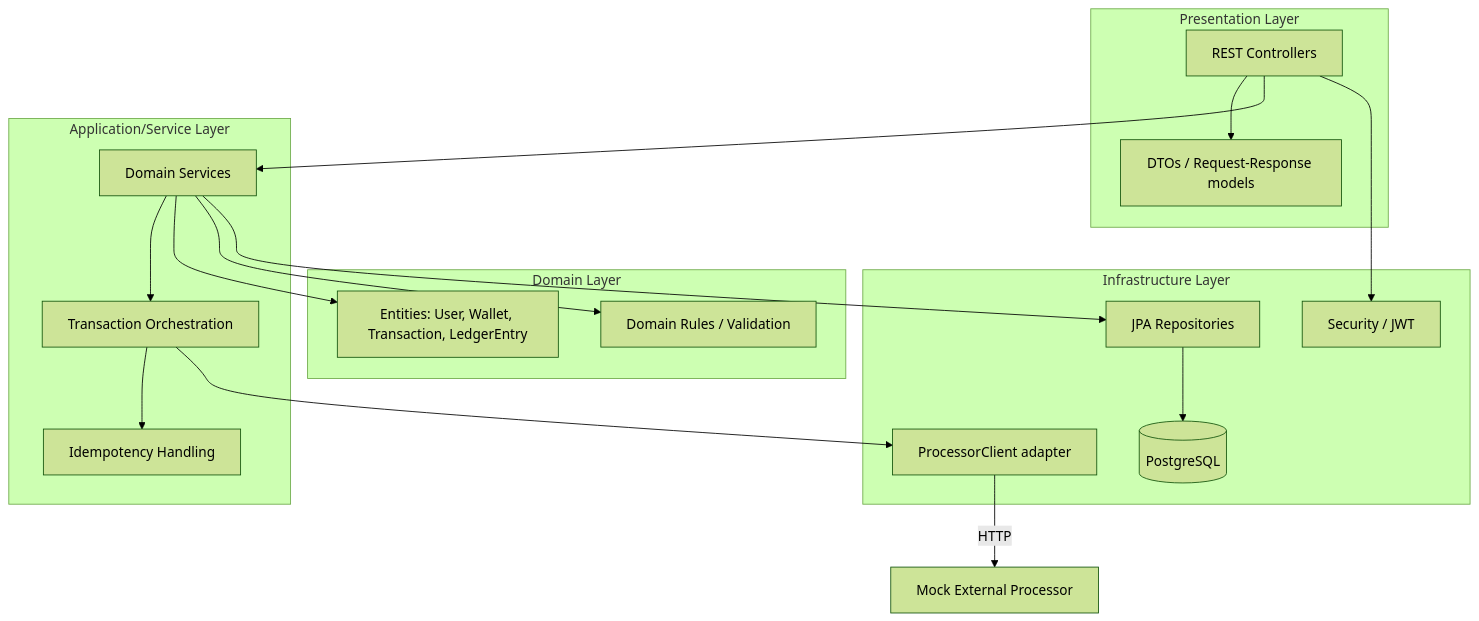
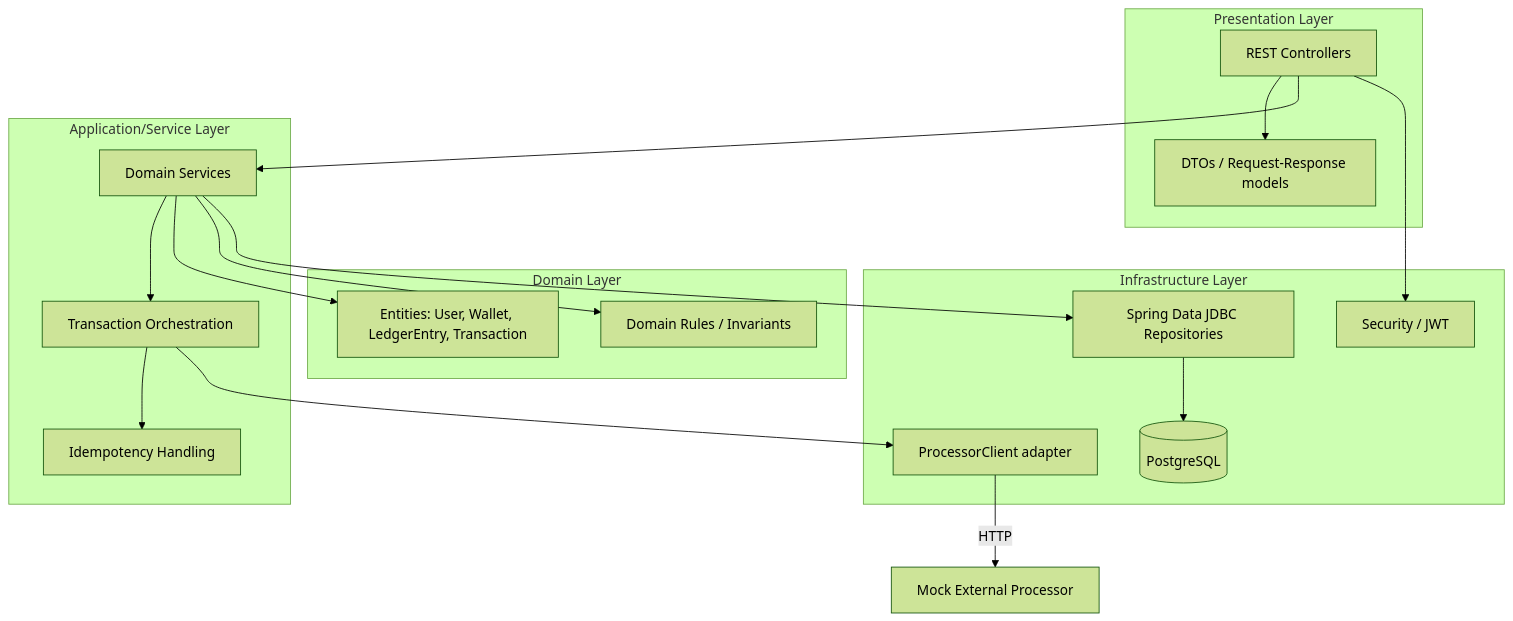
The first of 5 diagrams in docs/HLD.md (M-o-m-e-n/finthos), drawn with Mermaid (forest theme) before and after one commit. The commit also changed other lines of this file, not shown here.

Commit message:
docs(hld): describe the real module graph and transaction boundaries

````diff
--- a/docs/HLD.md
+++ b/docs/HLD.md
@@ -28,34 +29,34 @@
 ```mermaid
 graph TD
     subgraph Presentation Layer
         C1[REST Controllers]
         DTO[DTOs / Request-Response models]
     end
     subgraph Application/Service Layer
         S1[Domain Services]
         S2[Transaction Orchestration]
         IDEMP[Idempotency Handling]
     end
     subgraph Domain Layer
-        E1[Entities: User, Wallet, Transaction, LedgerEntry]
-        R1[Domain Rules / Validation]
+        E1[Entities: User, Wallet, LedgerEntry, Transaction]
+        R1[Domain Rules / Invariants]
     end
     subgraph Infrastructure Layer
-        REPO[JPA Repositories]
+        REPO[Spring Data JDBC Repositories]
         PROC[ProcessorClient adapter]
         DB[(PostgreSQL)]
         SEC[Security / JWT]
     end
 
     C1 --> DTO
     C1 --> S1
     S1 --> S2
     S2 --> IDEMP
     S1 --> E1
     S1 --> R1
     S1 --> REPO
     S2 --> PROC
     REPO --> DB
     PROC -->|HTTP| MOCK[Mock External Processor]
     C1 --> SEC
 ```
````
